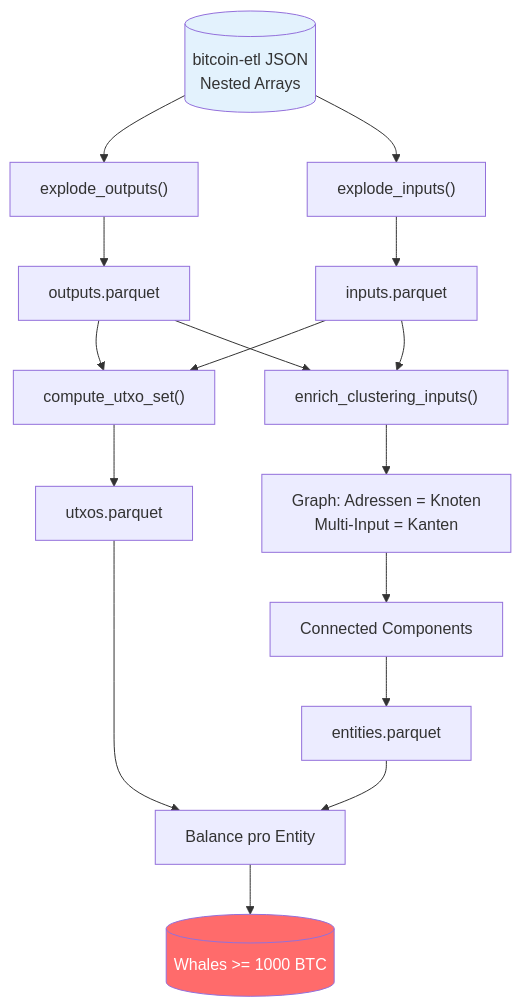
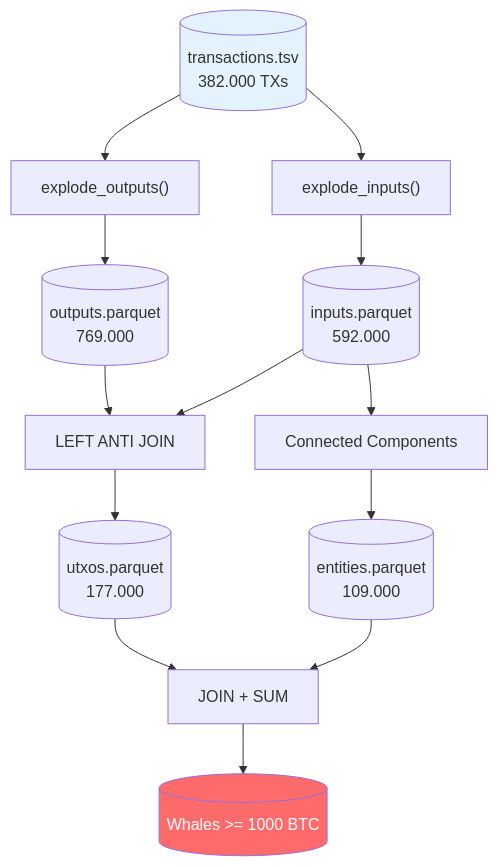
One commit to RomanRnlt/bitcoin-whale-intelligence changed the third of 3 diagrams in docs/architecture.md. Above: the diagram before and after it, drawn with Mermaid. The commit also changed other lines of this file and 2 other files, not shown here.

````diff
--- a/docs/architecture.md
+++ b/docs/architecture.md
@@ -237,27 +210,18 @@
 ```mermaid
 flowchart TB
-    RAW[("bitcoin-etl JSON<br/>Nested Arrays")]
-
+    RAW[("transactions.tsv<br/>382.000 TXs")]
     RAW --> EO["explode_outputs()"]
     RAW --> EI["explode_inputs()"]
-
-    EO --> OUT["outputs.parquet"]
-    EI --> INP["inputs.parquet"]
-
-    OUT --> UTXO["compute_utxo_set()"]
+    EO --> OUT[("outputs.parquet<br/>769.000")]
+    EI --> INP[("inputs.parquet<br/>592.000")]
+    OUT --> UTXO["LEFT ANTI JOIN"]
     INP --> UTXO
-    UTXO --> UTXOP["utxos.parquet"]
-
-    INP --> ENRICH["enrich_clustering_inputs()"]
-    OUT --> ENRICH
-    ENRICH --> GRAPH["Graph: Adressen = Knoten<br/>Multi-Input = Kanten"]
-    GRAPH --> CC["Connected Components"]
-    CC --> ENT["entities.parquet"]
-
-    UTXOP --> WHALE["Balance pro Entity"]
+    UTXO --> UTXOP[("utxos.parquet<br/>177.000")]
+    INP --> CC["Connected Components"]
+    CC --> ENT[("entities.parquet<br/>109.000")]
+    UTXOP --> WHALE["JOIN + SUM"]
     ENT --> WHALE
     WHALE --> RESULT[("Whales >= 1000 BTC")]
-
     style RAW fill:#e3f2fd
     style RESULT fill:#ff6b6b,color:#fff
 ```
````
